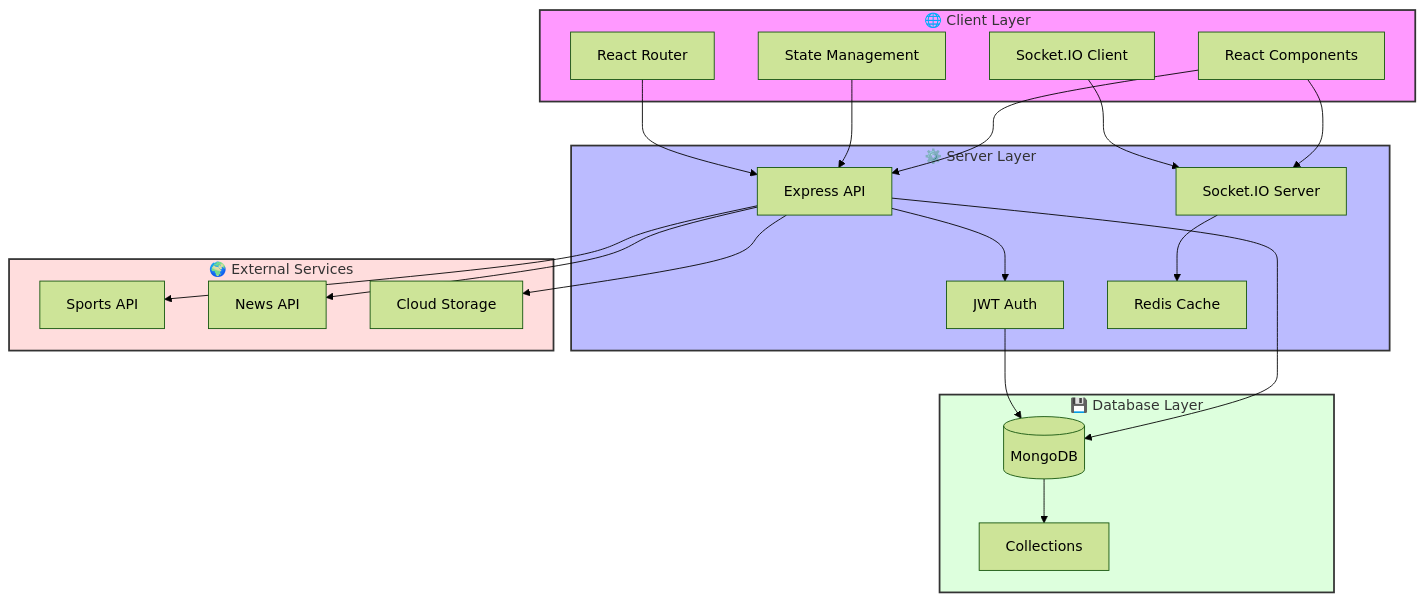
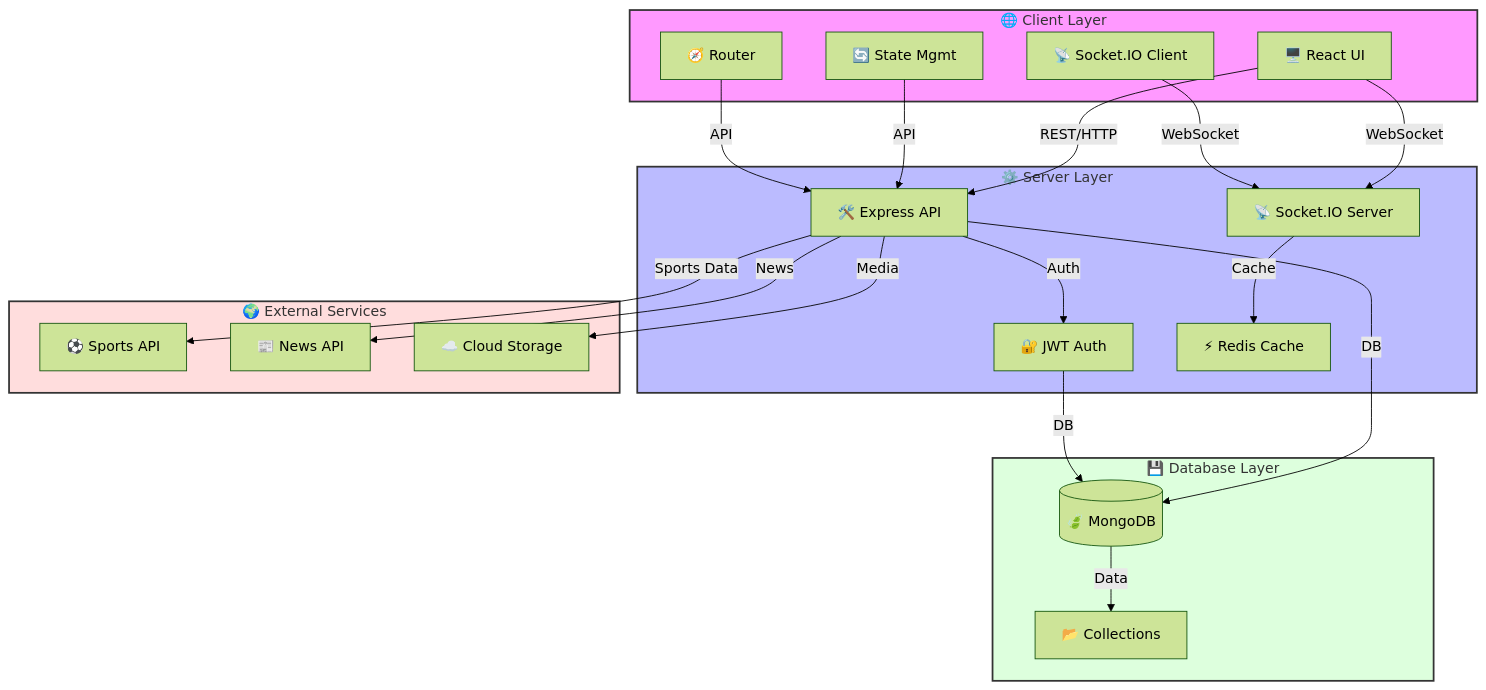
One commit to MalikShoaibAhmadKhan/sports-app changed the diagram in README.md. Above: the diagram before and after it, drawn with Mermaid (forest theme). The commit also changed other lines of this file, not shown here.

Commit message:
Make README and architecture section more beautiful and engaging

````diff
--- a/README.md
+++ b/README.md
@@ -64,59 +74,52 @@
 ```mermaid
-graph TB
-    subgraph Client["🌐 Client Layer"]
-        UI[React Components]
-        State[State Management]
-        Router[React Router]
-        Socket[Socket.IO Client]
-    end
+graph TD
+  subgraph CLIENT["🌐 Client Layer"]
+    A1["🖥️ React UI"]
+    A2["🔄 State Mgmt"]
+    A3["🧭 Router"]
+    A4["📡 Socket.IO Client"]
+  end
 
-    subgraph Server["⚙️ Server Layer"]
-        API[Express API]
-        Auth[JWT Auth]
-        SocketServer[Socket.IO Server]
-        Cache[Redis Cache]
-    end
+  subgraph SERVER["⚙️ Server Layer"]
+    B1["🛠️ Express API"]
+    B2["🔐 JWT Auth"]
+    B3["📡 Socket.IO Server"]
+    B4["⚡ Redis Cache"]
+  end
 
-    subgraph Database["💾 Database Layer"]
-        MongoDB[(MongoDB)]
-        Collections[Collections]
-    end
+  subgraph DB["💾 Database Layer"]
+    C1[("🍃 MongoDB")]
+    C2["📂 Collections"]
+  end
 
-    subgraph External["🌍 External Services"]
-        SportsAPI[Sports API]
-        NewsAPI[News API]
-        CloudStorage[Cloud Storage]
-    end
+  subgraph EXT["🌍 External Services"]
+    D1["⚽ Sports API"]
+    D2["📰 News API"]
+    D3["☁️ Cloud Storage"]
+  end
 
-    %% Client to Server connections
-    UI --> API
-    UI --> SocketServer
-    State --> API
-    Router --> API
-    Socket --> SocketServer
+  %% Connections
+  A1-->|REST/HTTP|B1
+  A1-->|WebSocket|B3
+  A2-->|API|B1
+  A3-->|API|B1
+  A4-->|WebSocket|B3
+  B1-->|DB|C1
+  B1-->|Auth|B2
+  B3-->|Cache|B4
+  B2-->|DB|C1
+  B1-->|Sports Data|D1
+  B1-->|News|D2
+  B1-->|Media|D3
+  C1-->|Data|C2
 
-    %% Server to Database connections
-    API --> Auth
-    API --> MongoDB
-    SocketServer --> Cache
-    Auth --> MongoDB
-
-    %% Server to External Services
-    API --> SportsAPI
-    API --> NewsAPI
-    API --> CloudStorage
-
-    %% Database structure
-    MongoDB --> Collections
-
-    %% Styling
-    classDef client fill:#f9f,stroke:#333,stroke-width:2px
-    classDef server fill:#bbf,stroke:#333,stroke-width:2px
-    classDef database fill:#dfd,stroke:#333,stroke-width:2px
-    classDef external fill:#fdd,stroke:#333,stroke-width:2px
-
-    class Client client
-    class Server server
-    class Database database
-    class External external
+  %% Styling
+  classDef client fill:#f9f,stroke:#333,stroke-width:2px
+  classDef server fill:#bbf,stroke:#333,stroke-width:2px
+  classDef db fill:#dfd,stroke:#333,stroke-width:2px
+  classDef ext fill:#fdd,stroke:#333,stroke-width:2px
+  class CLIENT client
+  class SERVER server
+  class DB db
+  class EXT ext
 ```
````
